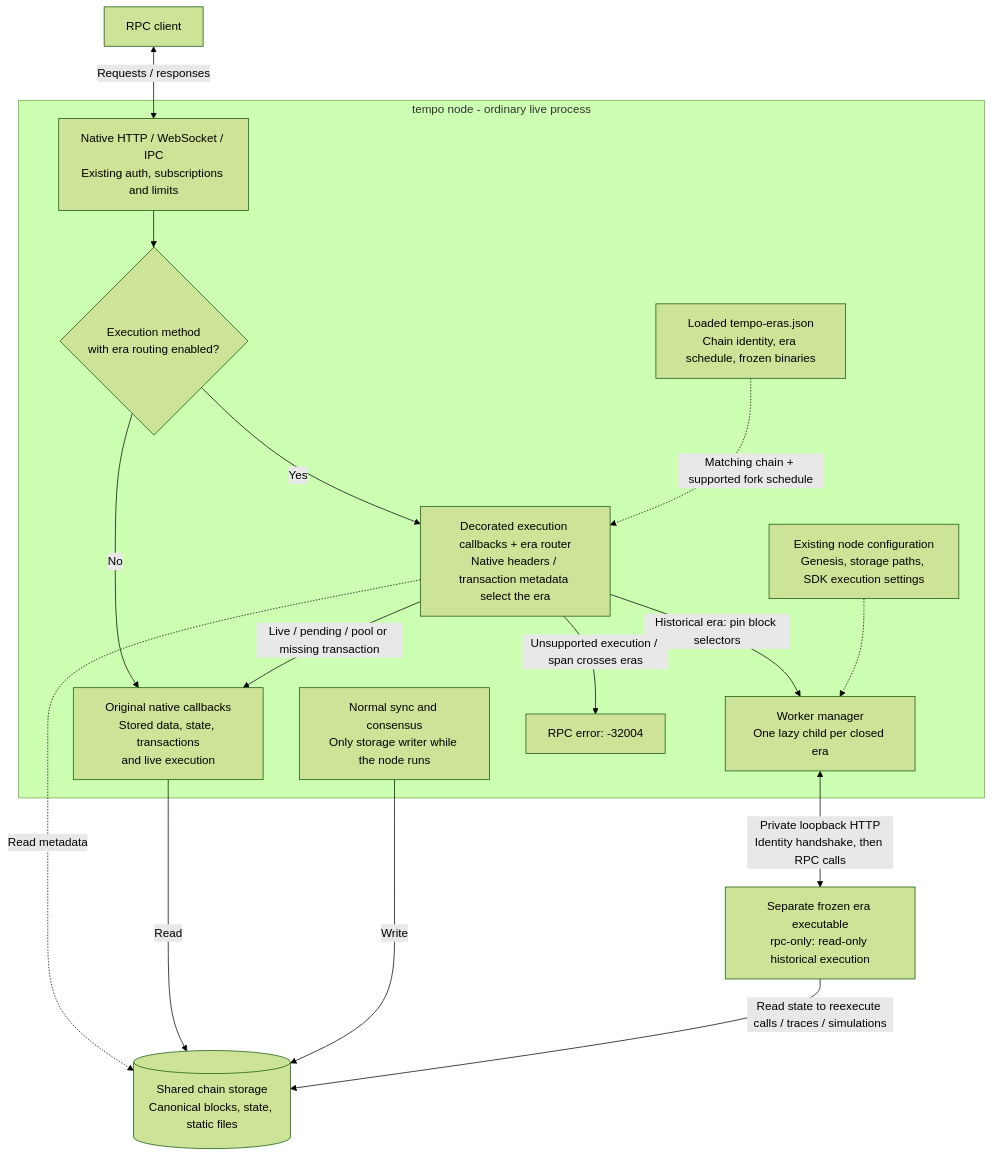
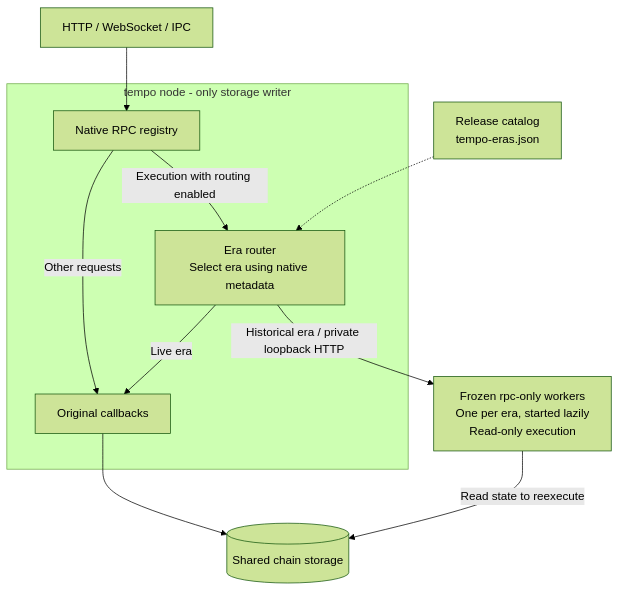
One commit to tempoxyz/tempo changed the diagram in bin/tempo-metabinary/README.md. Above: the diagram before and after it, drawn with Mermaid (forest theme). The commit also changed other lines of this file, not shown here.

Commit message:
docs(metabinary): trim design diagram to core paths

````diff
--- a/bin/tempo-metabinary/README.md
+++ b/bin/tempo-metabinary/README.md
@@ -8,30 +8,13 @@
 ```mermaid
 flowchart TB
-    Client["RPC client"] <-->|"Requests / responses"| RPC
-    subgraph Node["tempo node - ordinary live process"]
-        RPC["Native HTTP / WebSocket / IPC<br/>Existing auth, subscriptions and limits"]
-        Method{"Execution method<br/>with era routing enabled?"}
-        Native["Original native callbacks<br/>Stored data, state, transactions<br/>and live execution"]
-        Router["Decorated execution callbacks + era router<br/>Native headers / transaction metadata select the era"]
-        Workers["Worker manager<br/>One lazy child per closed era"]
-        Catalog["Loaded tempo-eras.json<br/>Chain identity, era schedule, frozen binaries"]
-        Config["Existing node configuration<br/>Genesis, storage paths, SDK execution settings"]
-        Engine["Normal sync and consensus<br/>Only storage writer while the node runs"]
-
-        RPC --> Method
-        Method -->|"No"| Native
-        Method -->|"Yes"| Router
-        Router -->|"Live / pending / pool or missing transaction"| Native
-        Router -->|"Historical era: pin block selectors"| Workers
-        Router -->|"Unsupported execution / span crosses eras"| Error["RPC error: -32004"]
-        Catalog -.->|"Matching chain + supported fork schedule"| Router
-        Config -.-> Workers
+    RPC["HTTP / WebSocket / IPC"] --> Registry
+    Catalog["Release catalog<br/>tempo-eras.json"] -.-> Router
+    subgraph Node["tempo node - only storage writer"]
+        Registry["Native RPC registry"] -->|"Other requests"| Native["Original callbacks"]
+        Registry -->|"Execution with routing enabled"| Router["Era router<br/>Select era using native metadata"]
+        Router -->|"Live era"| Native
     end
-
-    Workers <-->|"Private loopback HTTP<br/>Identity handshake, then RPC calls"| Frozen["Separate frozen era executable<br/>rpc-only: read-only historical execution"]
-    DB[("Shared chain storage<br/>Canonical blocks, state, static files")]
-    Router -.->|"Read metadata"| DB
-    Native -->|"Read"| DB
-    Engine -->|"Write"| DB
-    Frozen -->|"Read state to reexecute calls / traces / simulations"| DB
+    Router -->|"Historical era / private loopback HTTP"| Frozen["Frozen rpc-only workers<br/>One per era, started lazily<br/>Read-only execution"]
+    Native --> DB[("Shared chain storage")]
+    Frozen -->|"Read state to reexecute"| DB
 ```
````
